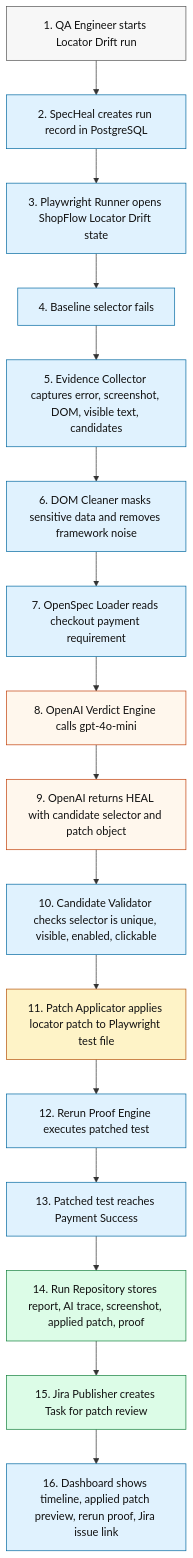
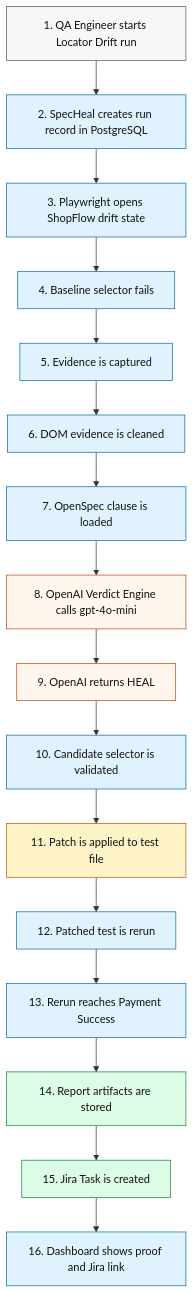
One commit to antech2-async/SpecHeal changed the fifth of 6 diagrams in docs/architecture-c4.md. Above: the diagram before and after it, drawn with Mermaid. The commit also changed other lines of this file and 2 other files, not shown here.

Commit message:
docs: refine C4 architecture diagrams

````diff
--- a/docs/architecture-c4.md
+++ b/docs/architecture-c4.md
@@ -192,33 +232,33 @@
 ```mermaid
 flowchart TD
   s1["1. QA Engineer starts Locator Drift run"]
   s2["2. SpecHeal creates run record in PostgreSQL"]
-  s3["3. Playwright Runner opens ShopFlow Locator Drift state"]
+  s3["3. Playwright opens ShopFlow drift state"]
   s4["4. Baseline selector fails"]
-  s5["5. Evidence Collector captures error, screenshot, DOM, visible text, candidates"]
-  s6["6. DOM Cleaner masks sensitive data and removes framework noise"]
-  s7["7. OpenSpec Loader reads checkout payment requirement"]
+  s5["5. Evidence is captured"]
+  s6["6. DOM evidence is cleaned"]
+  s7["7. OpenSpec clause is loaded"]
   s8["8. OpenAI Verdict Engine calls gpt-4o-mini"]
-  s9["9. OpenAI returns HEAL with candidate selector and patch object"]
-  s10["10. Candidate Validator checks selector is unique, visible, enabled, clickable"]
-  s11["11. Patch Applicator applies locator patch to Playwright test file"]
-  s12["12. Rerun Proof Engine executes patched test"]
-  s13["13. Patched test reaches Payment Success"]
-  s14["14. Run Repository stores report, AI trace, screenshot, applied patch, proof"]
-  s15["15. Jira Publisher creates Task for patch review"]
-  s16["16. Dashboard shows timeline, applied patch preview, rerun proof, Jira issue link"]
+  s9["9. OpenAI returns HEAL"]
+  s10["10. Candidate selector is validated"]
+  s11["11. Patch is applied to test file"]
+  s12["12. Patched test is rerun"]
+  s13["13. Rerun reaches Payment Success"]
+  s14["14. Report artifacts are stored"]
+  s15["15. Jira Task is created"]
+  s16["16. Dashboard shows proof and Jira link"]
 
   s1 --> s2 --> s3 --> s4 --> s5 --> s6 --> s7 --> s8 --> s9 --> s10 --> s11 --> s12 --> s13 --> s14 --> s15 --> s16
 
   classDef user fill:#f7f7f7,stroke:#555,color:#111;
   classDef runtime fill:#e0f2fe,stroke:#0369a1,color:#111;
   classDef ai fill:#fff7ed,stroke:#c2410c,color:#111;
   classDef core fill:#fef3c7,stroke:#b45309,color:#111;
   classDef data fill:#dcfce7,stroke:#15803d,color:#111;
 
   class s1 user;
   class s2,s3,s4,s5,s6,s7,s10,s12,s13,s16 runtime;
   class s8,s9 ai;
   class s11 core;
   class s14,s15 data;
 ```
````
